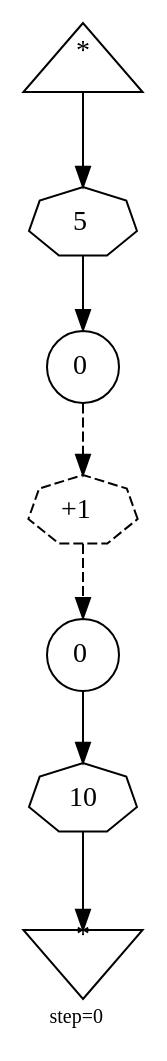
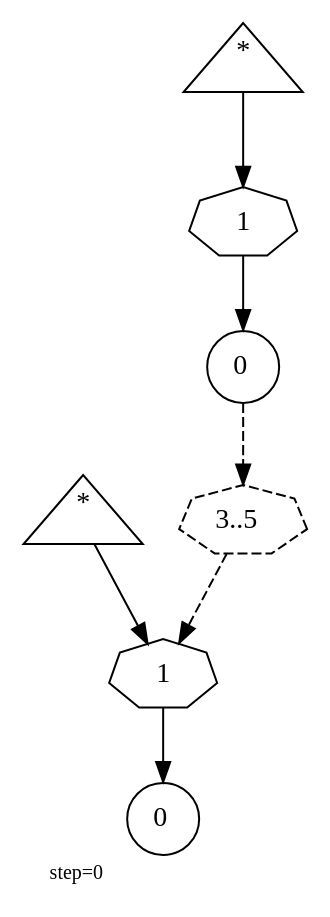
The diagram in ours/101-connections/0031.dot (abarbu/machinations), drawn with Graphviz before and after one commit. The commit also changed 200 other files, not shown here.

```diff
--- a/ours/101-connections/0031.dot
+++ b/ours/101-connections/0031.dot
@@ -1,16 +1,16 @@
 digraph {
   graph  [labelloc=bottom,labeljust=left,fontsize="10",label="step=0"];
-  "22011" [shape=triangle,peripheries="1",label=<<SUP>*</SUP>>,labelfontcolor=black,color=black];
-  "22012" [shape=circle,peripheries="1",label=<0>,labelfontcolor=black,color=black];
-  "22014" [shape=circle,peripheries="1",label=<0>,labelfontcolor=black,color=black];
-  "22016" [shape=invtriangle,peripheries="1",label=<<SUP>*</SUP>>,labelfontcolor=black,color=black];
-  "18000" [label=<5>,peripheries="1",color=black,shape=septagon];
-  "22011" -> "18000" [color=black];
-  "18000" -> "22012" [color=black];
-  "18002" [label=<10>,peripheries="1",color=black,shape=septagon];
-  "22014" -> "18002" [color=black];
-  "18002" -> "22016" [color=black];
-  "18001" [label=<+1>,peripheries="1",color=black,style=dashed,shape=septagon];
-  "22012" -> "18001" [style=dashed,color=black];
-  "18001" -> "22014" [style=dashed,color=black];
+  "235" [shape=triangle,peripheries="1",label=<<SUP>*</SUP>>,labelfontcolor=black,color=black];
+  "236" [shape=triangle,peripheries="1",label=<<SUP>*</SUP>>,labelfontcolor=black,color=black];
+  "237" [shape=circle,peripheries="1",label=<0>,labelfontcolor=black,color=black];
+  "239" [shape=circle,peripheries="1",label=<0>,labelfontcolor=black,color=black];
+  "238" [label=<1>,peripheries="1",color=black,shape=septagon];
+  "236" -> "238" [color=black];
+  "238" -> "237" [color=black];
+  "240" [label=<1>,peripheries="1",color=black,shape=septagon];
+  "235" -> "240" [color=black];
+  "240" -> "239" [color=black];
+  "241" [label=<3..5>,peripheries="1",color=black,style=dashed,shape=septagon];
+  "237" -> "241" [style=dashed,color=black];
+  "241" -> "240" [style=dashed,color=black];
 }
```
